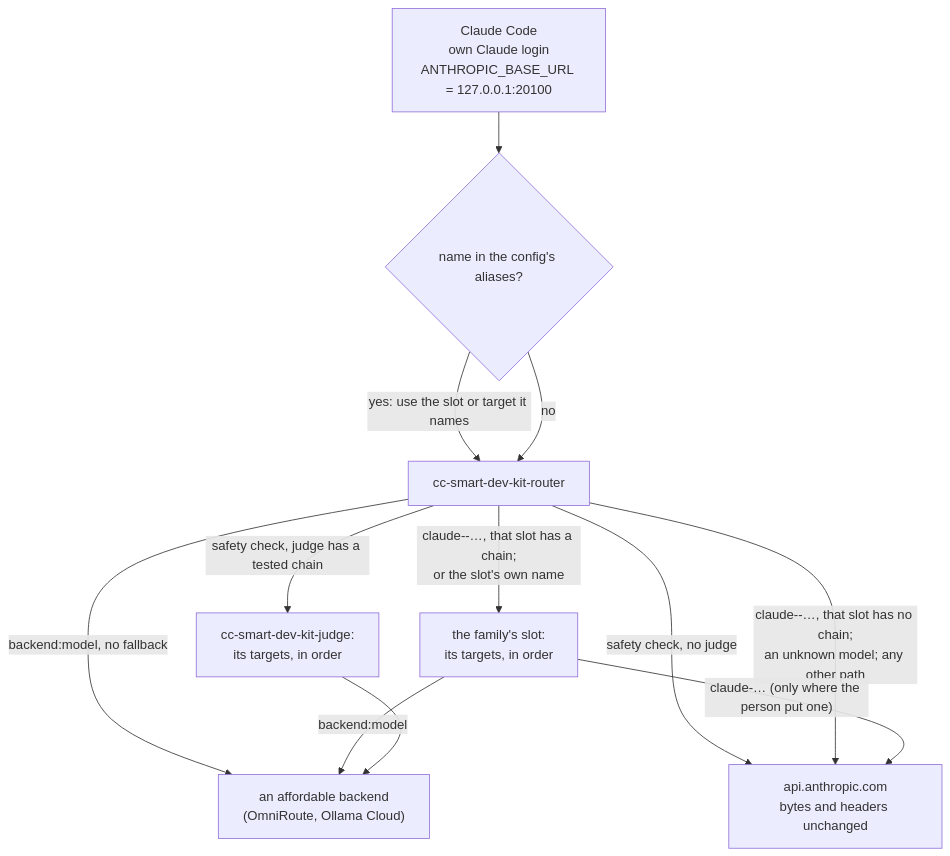
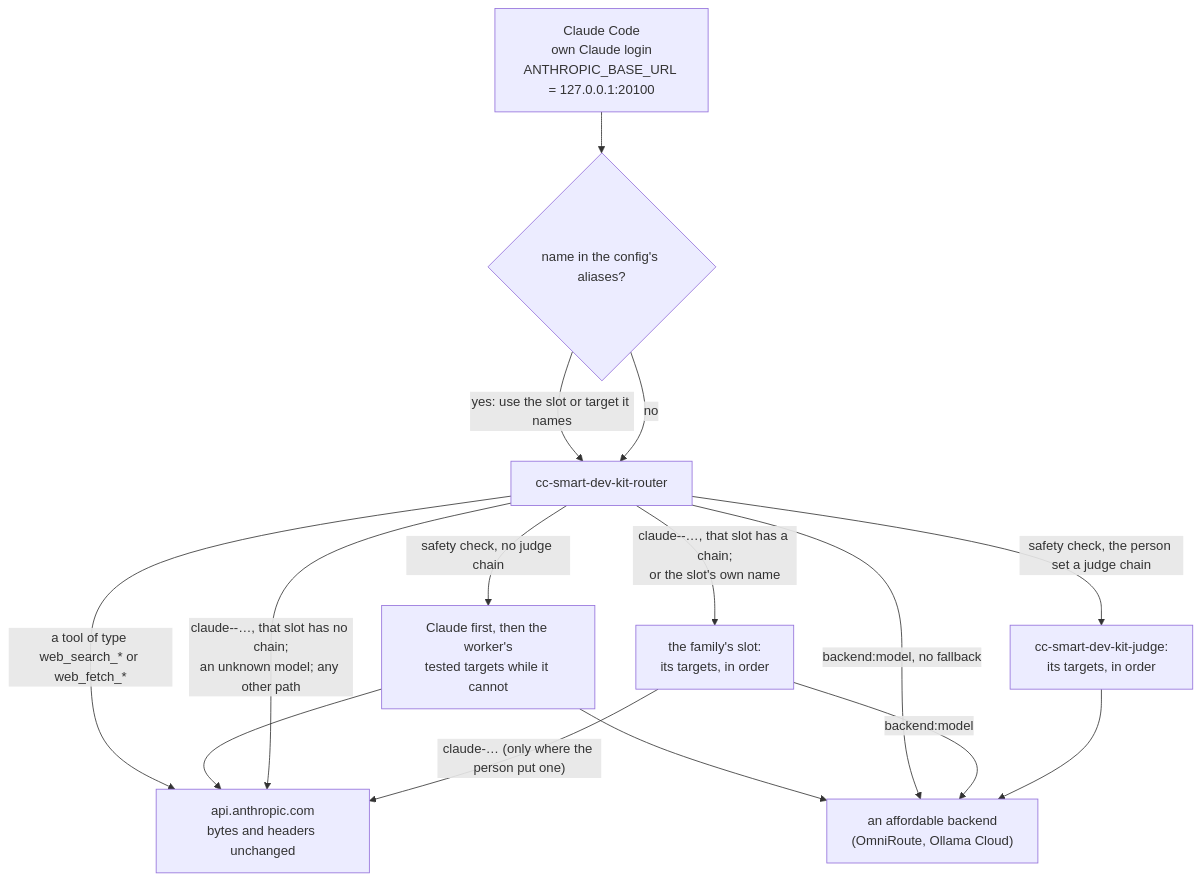
Before and after one commit to sellanybiz/cc-smart-dev-kit: the diagram in docs/gateway.md, drawn with Mermaid. The commit also changed other lines of this file and 35 other files, not shown here.

First line of the commit message:
feat(WS): Claude first for server tools and the judge (D41, D44)

````diff
--- a/docs/gateway.md
+++ b/docs/gateway.md
@@ -47,14 +51,17 @@
 ```mermaid
 flowchart TD
     CC["Claude Code<br/>own Claude login<br/>ANTHROPIC_BASE_URL = 127.0.0.1:20100"] --> AL{"name in the config's aliases?"}
     AL -->|"yes: use the slot or target it names"| R
     AL -->|"no"| R["cc-smart-dev-kit-router"]
-    R -->|"safety check, judge has a tested chain"| J["cc-smart-dev-kit-judge:<br/>its targets, in order"]
-    R -->|"safety check, no judge"| A
+    R -->|"a tool of type web_search_* or web_fetch_*"| A
+    R -->|"safety check, the person set a judge chain"| J["cc-smart-dev-kit-judge:<br/>its targets, in order"]
+    R -->|"safety check, no judge chain"| CF["Claude first, then the worker's<br/>tested targets while it cannot"]
+    CF --> A
+    CF --> O
     R -->|"claude-<family>-…, that slot has no chain;<br/>an unknown model; any other path"| A["api.anthropic.com<br/>bytes and headers unchanged"]
     R -->|"claude-<family>-…, that slot has a chain;<br/>or the slot's own name"| S["the family's slot:<br/>its targets, in order"]
     R -->|"backend:model, no fallback"| O
     S -->|"backend:model"| O["an affordable backend<br/>(OmniRoute, Ollama Cloud)"]
     S -->|"claude-… (only where the person put one)"| A
     J --> O
 ```
````
